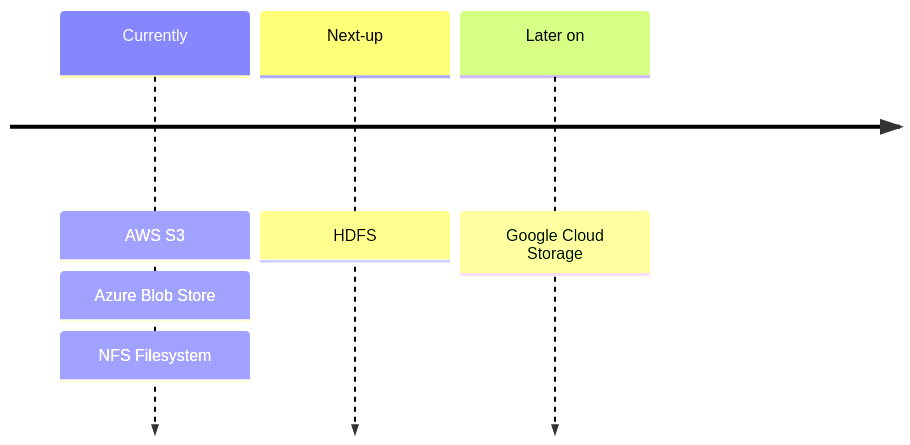
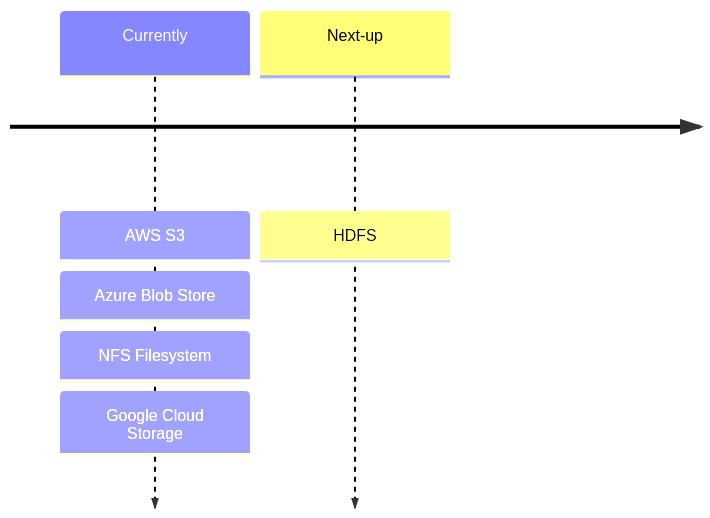
One commit to questdb/documentation changed the second of 2 diagrams in documentation/concept/replication.md. Above: the diagram before and after it, drawn with Mermaid. The commit also changed other lines of this file and 1 other file, not shown here.

````diff
--- a/documentation/concept/replication.md
+++ b/documentation/concept/replication.md
@@ -85,8 +85,8 @@
 ```mermaid
 timeline
     Currently  : AWS S3
                : Azure Blob Store
                : NFS Filesystem
+               : Google Cloud Storage
     Next-up    : HDFS
-    Later on   : Google Cloud Storage
 ```
````
